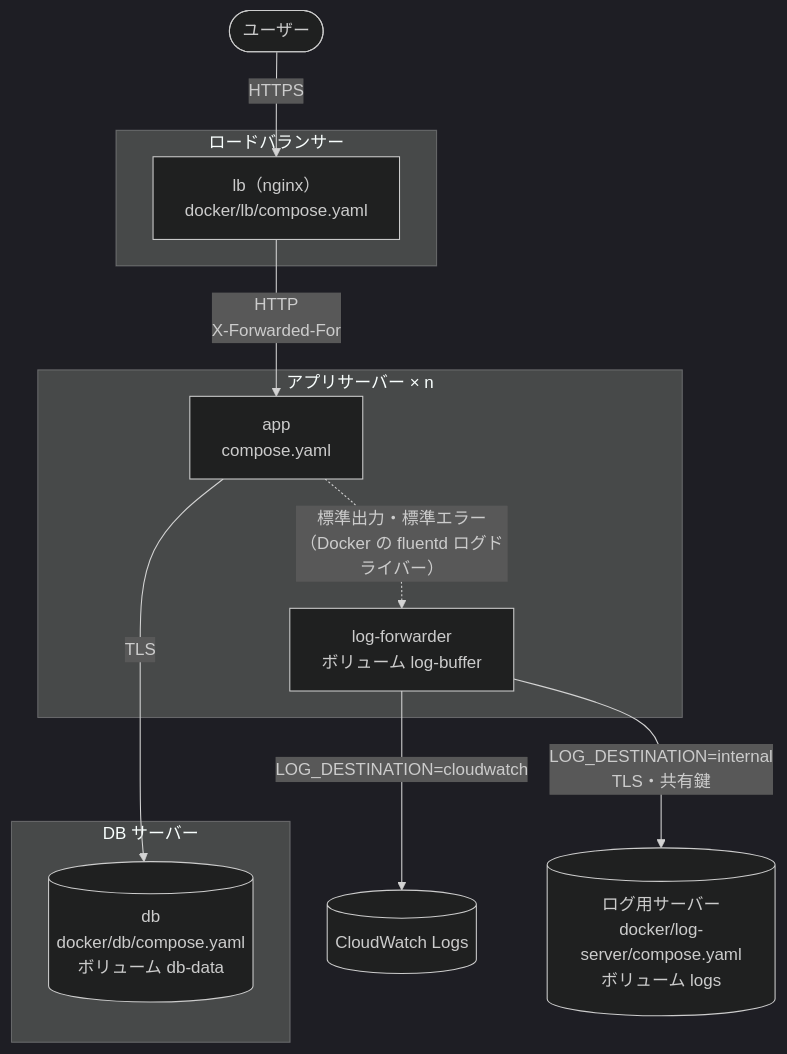
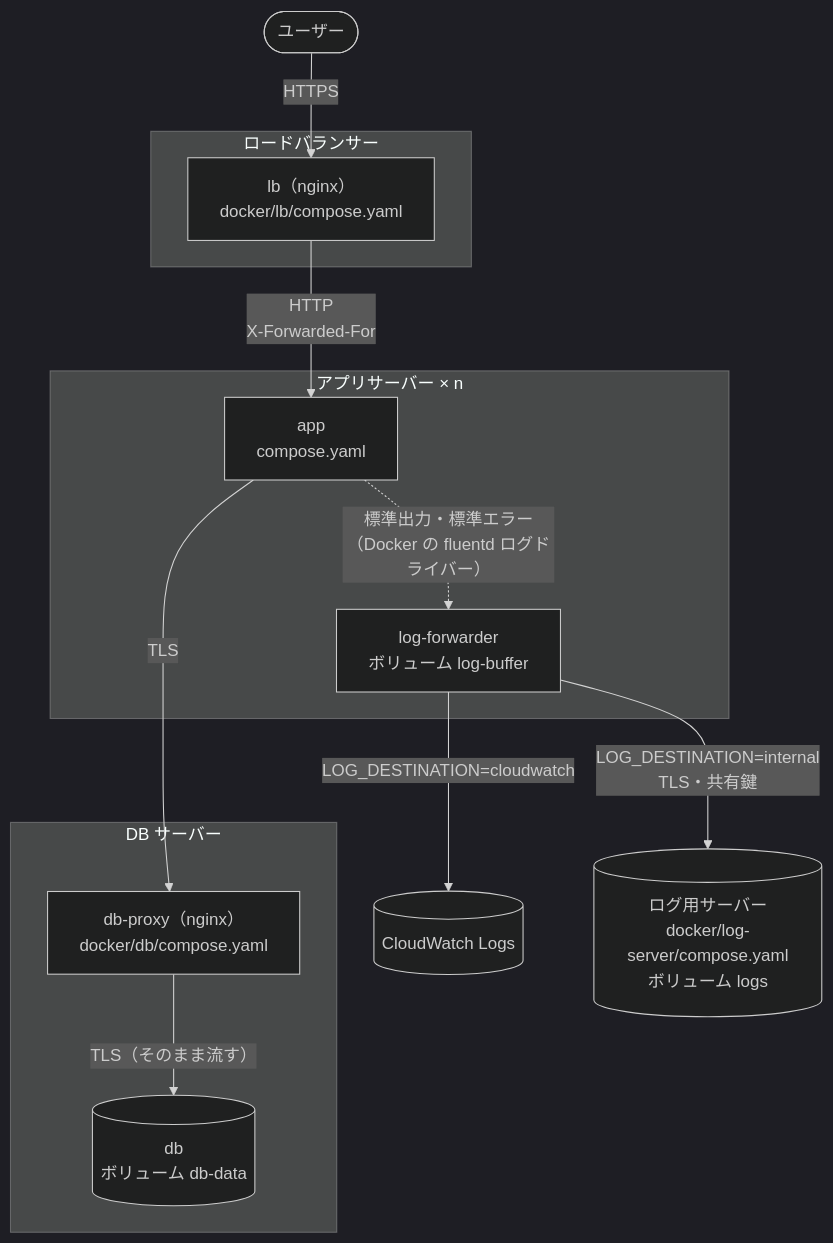
Before and after one commit to bizhermit/sugumi: the diagram in README.md, drawn with Mermaid (dark theme). The commit also changed other lines of this file and 12 other files, not shown here.

````diff
--- a/README.md
+++ b/README.md
@@ -58,25 +58,25 @@
 ```mermaid
 flowchart TB
   user(["ユーザー"]) -->|"HTTPS"| lb
 
   subgraph lbserver["ロードバランサー"]
     lb["lb（nginx）<br>docker/lb/compose.yaml"]
   end
 
   lb -->|"HTTP<br>X-Forwarded-For"| app
 
   subgraph appserver["アプリサーバー × n"]
     app["app<br>compose.yaml"]
     app -.->|"標準出力・標準エラー<br>（Docker の fluentd ログドライバー）"| fwd["log-forwarder<br>ボリューム log-buffer"]
   end
 
-  app -->|"TLS"| db
-  fwd ~~~ db
+  app -->|"TLS"| dbproxy
+  fwd ~~~ dbproxy
 
   subgraph dbserver["DB サーバー"]
-    db[("db<br>docker/db/compose.yaml<br>ボリューム db-data")]
+    dbproxy["db-proxy（nginx）<br>docker/db/compose.yaml"] -->|"TLS（そのまま流す）"| db[("db<br>ボリューム db-data")]
   end
 
   fwd -->|"LOG_DESTINATION=cloudwatch"| cw[("CloudWatch Logs")]
   fwd -->|"LOG_DESTINATION=internal<br>TLS・共有鍵"| logserver[("ログ用サーバー<br>docker/log-server/compose.yaml<br>ボリューム logs")]
 ```
````
